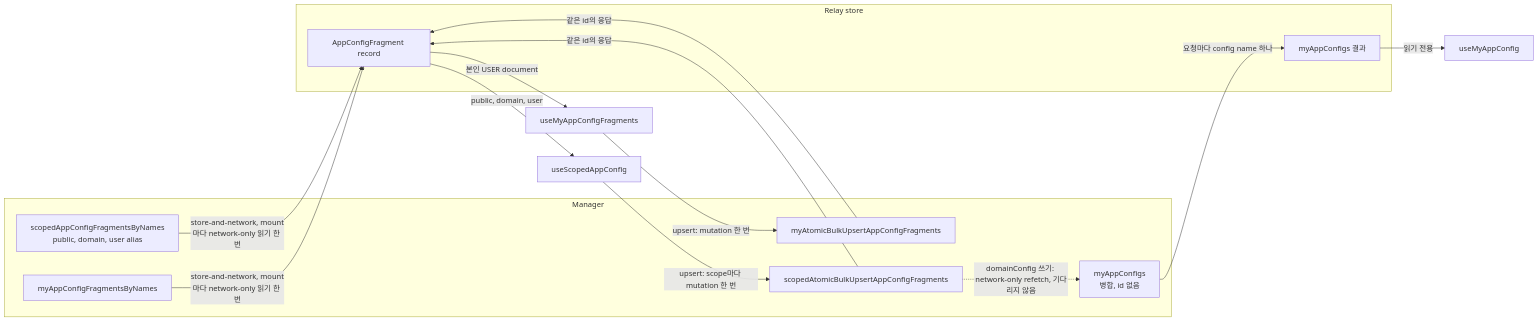
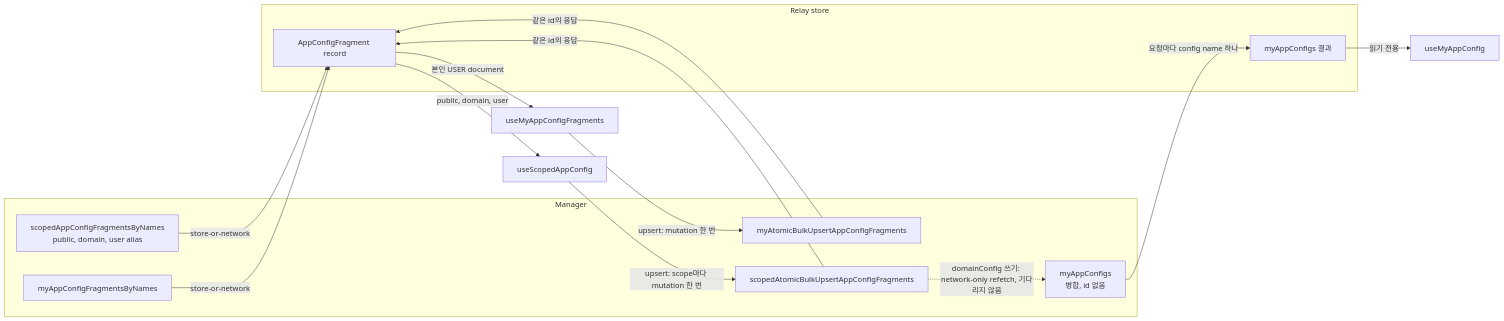
Before and after one commit to lablup/backend.ai-webui: the first of 2 diagrams in docs/adr/0033-scoped-and-merged-app-config-hooks.ko.md, drawn with Mermaid. The commit also changed other lines of this file and 7 other files, not shown here.

````diff
--- a/docs/adr/0033-scoped-and-merged-app-config-hooks.ko.md
+++ b/docs/adr/0033-scoped-and-merged-app-config-hooks.ko.md
@@ -23,25 +23,25 @@
 ```mermaid
 flowchart LR
   subgraph manager["Manager"]
     raw["scopedAppConfigFragmentsByNames<br/>public, domain, user alias"]
     mine["myAppConfigFragmentsByNames"]
     merged["myAppConfigs<br/>병합, id 없음"]
     upsert["scopedAtomicBulkUpsertAppConfigFragments"]
     myUpsert["myAtomicBulkUpsertAppConfigFragments"]
   end
   subgraph store["Relay store"]
     rawRec["AppConfigFragment record"]
     mergedRec["myAppConfigs 결과"]
   end
-  raw -- "store-and-network, mount마다 network-only 읽기 한 번" --> rawRec
-  mine -- "store-and-network, mount마다 network-only 읽기 한 번" --> rawRec
+  raw -- "store-or-network" --> rawRec
+  mine -- "store-or-network" --> rawRec
   rawRec -- "public, domain, user" --> scoped["useScopedAppConfig"]
   rawRec -- "본인 USER document" --> own["useMyAppConfigFragments"]
   scoped -- "upsert: scope마다 mutation 한 번" --> upsert
   own -- "upsert: mutation 한 번" --> myUpsert
   upsert -- "같은 id의 응답" --> rawRec
   myUpsert -- "같은 id의 응답" --> rawRec
   upsert -. "domainConfig 쓰기: network-only refetch, 기다리지 않음" .-> merged
   merged -- "요청마다 config name 하나" --> mergedRec
   mergedRec -- "읽기 전용" --> my["useMyAppConfig"]
 ```
````
